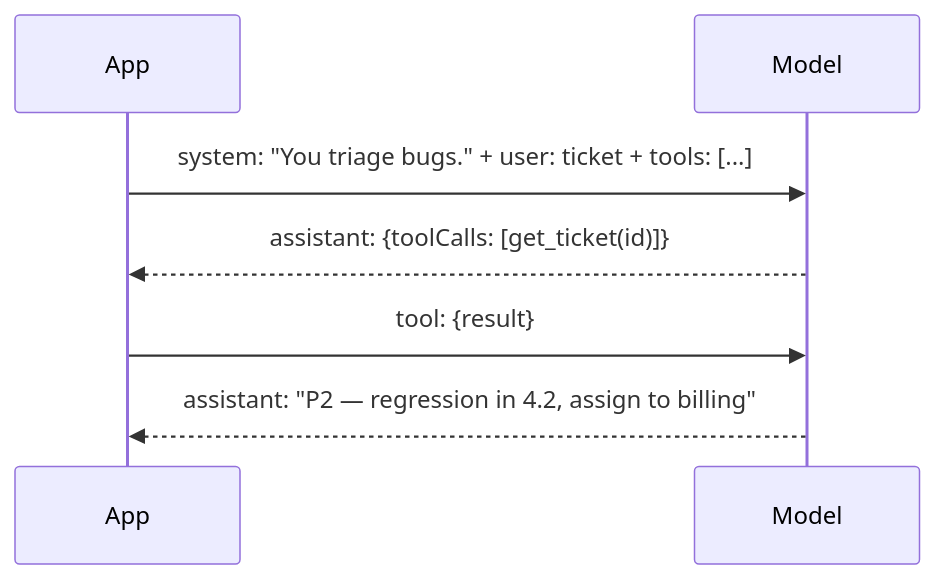
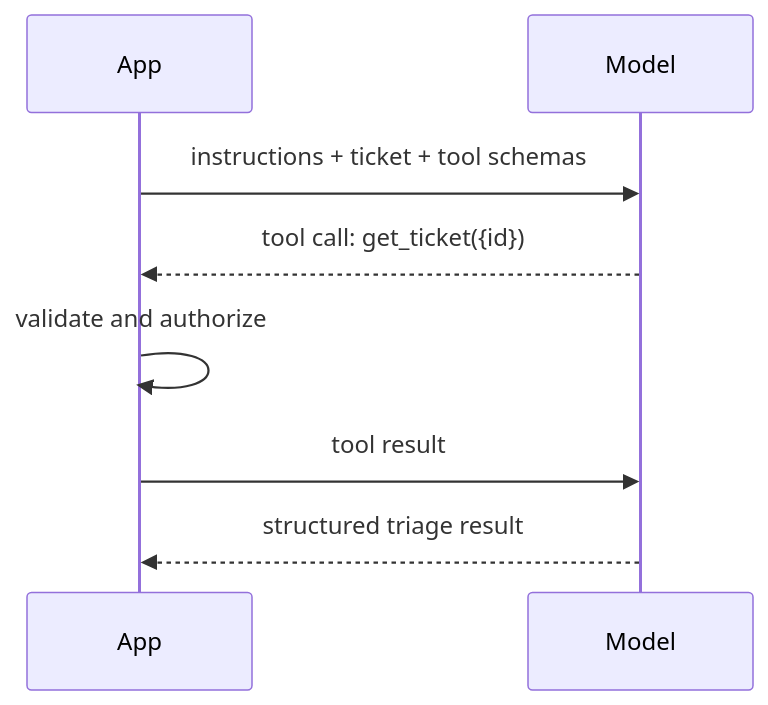
One commit to balureddy003/Naro changed the diagram in docs/learn/02-prompting.md. Above: the diagram before and after it, drawn with Mermaid. The commit also changed other lines of this file and 52 other files, not shown here.

````diff
--- a/docs/learn/02-prompting.md
+++ b/docs/learn/02-prompting.md
@@ -24,9 +52,10 @@
 ```mermaid
 sequenceDiagram
     participant App
     participant Model
-    App->>Model: system: "You triage bugs." + user: ticket + tools: [...]
-    Model-->>App: assistant: {toolCalls: [get_ticket(id)]}
-    App->>Model: tool: {result}
-    Model-->>App: assistant: "P2 — regression in 4.2, assign to billing"
+    App->>Model: instructions + ticket + tool schemas
+    Model-->>App: tool call: get_ticket({id})
+    App->>App: validate and authorize
+    App->>Model: tool result
+    Model-->>App: structured triage result
 ```
````
